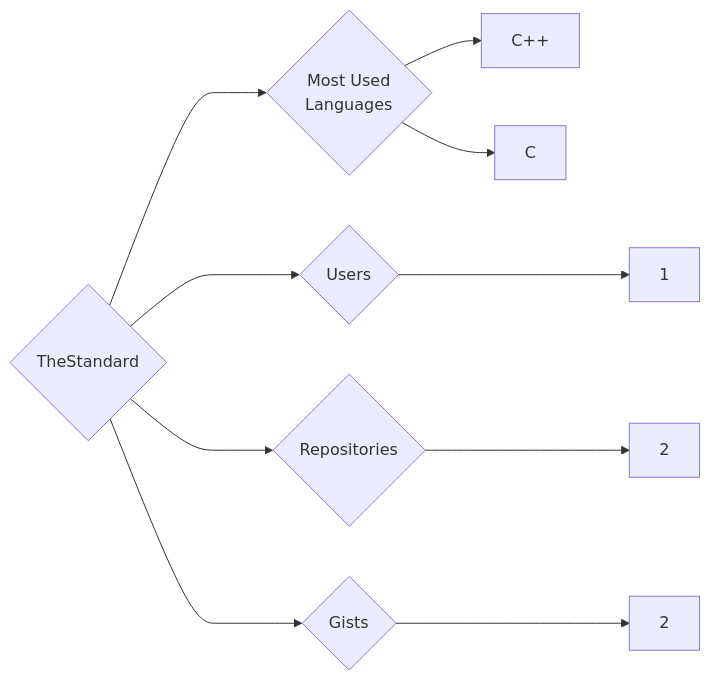
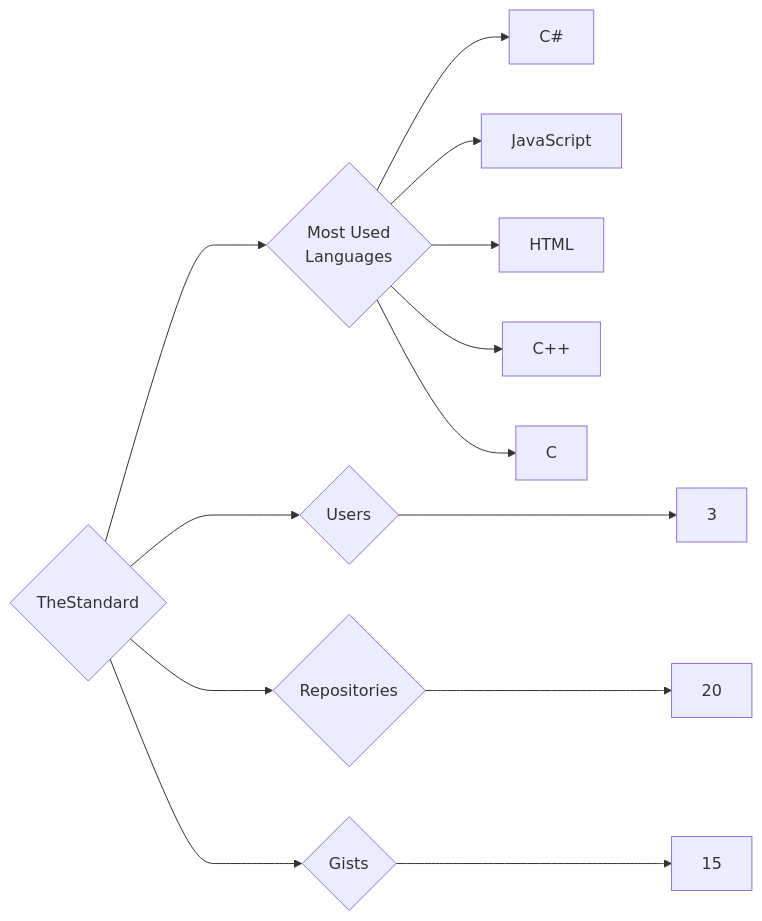
The diagram in targets/TheStandard/README.md (trickest/insiders), drawn with Mermaid before and after one commit. The commit also changed 1696 other files, not shown here.

````diff
--- a/targets/TheStandard/README.md
+++ b/targets/TheStandard/README.md
@@ -3,10 +3,13 @@
 ```mermaid
 graph LR
 COMPANY_NAME{TheStandard}
-COMPANY_NAME ---> U{Users} ---> UN[1]
-COMPANY_NAME ---> R{Repositories} ---> RN[2]
-COMPANY_NAME ---> G{Gists} ---> GN[2]
+COMPANY_NAME ---> U{Users} ---> UN[3]
+COMPANY_NAME ---> R{Repositories} ---> RN[20]
+COMPANY_NAME ---> G{Gists} ---> GN[15]
 COMPANY_NAME ---> ML{Most Used<br>Languages}
+ML --> C#[C#]
+ML --> JavaScript[JavaScript]
+ML --> HTML[HTML]
 ML --> C++[C++]
 ML --> C[C]
 ```
````
